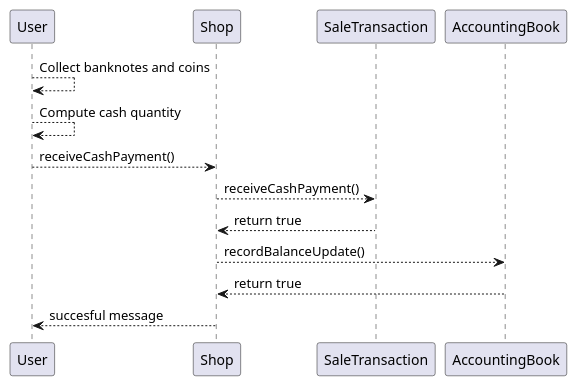
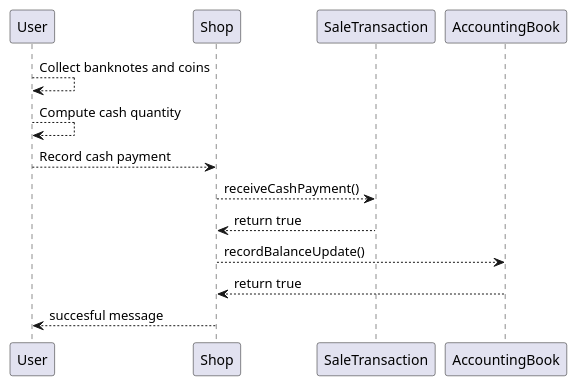
Before and after one commit to Stormz4/group20-EzShop: diagram 12 of 13 in Deliverables/DesignDocument.md, drawn with PlantUML. The commit also changed other lines of this file, not shown here.

````diff
--- a/Deliverables/DesignDocument.md
+++ b/Deliverables/DesignDocument.md
@@ -506,12 +454,12 @@
 ```plantuml
 @startuml
 User --> User: Collect banknotes and coins
 User --> User: Compute cash quantity
-User --> Shop: receiveCashPayment() 
+User --> Shop: Record cash payment
 Shop --> SaleTransaction: receiveCashPayment()
 SaleTransaction --> Shop: return true
 Shop --> AccountingBook: recordBalanceUpdate()
 AccountingBook --> Shop: return true
 Shop --> User : succesful message
 @enduml
 ```
````
